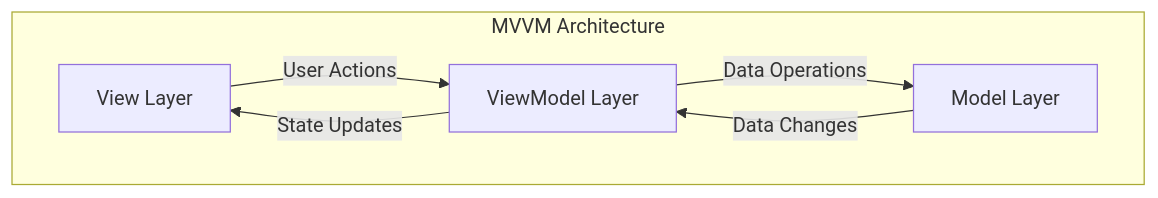
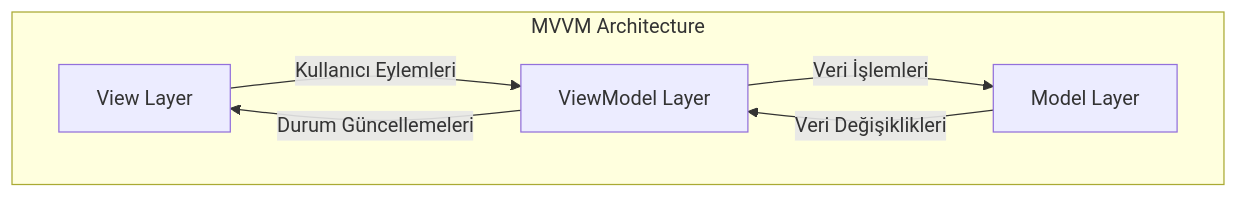
The first of 3 diagrams in mobile/architecture/state-management.md (endmr11/system_design), drawn with Mermaid before and after one commit. The commit also changed other lines of this file, not shown here.

````diff
--- a/mobile/architecture/state-management.md
+++ b/mobile/architecture/state-management.md
@@ -17,13 +17,13 @@
 ```mermaid
 graph TD
     subgraph MVVM Architecture
         View[View Layer]
         ViewModel[ViewModel Layer]
         Model[Model Layer]
         
-        View -->|User Actions| ViewModel
-        ViewModel -->|State Updates| View
-        ViewModel -->|Data Operations| Model
-        Model -->|Data Changes| ViewModel
+        View -->|Kullanıcı Eylemleri| ViewModel
+        ViewModel -->|Durum Güncellemeleri| View
+        ViewModel -->|Veri İşlemleri| Model
+        Model -->|Veri Değişiklikleri| ViewModel
     end
 ```
````
